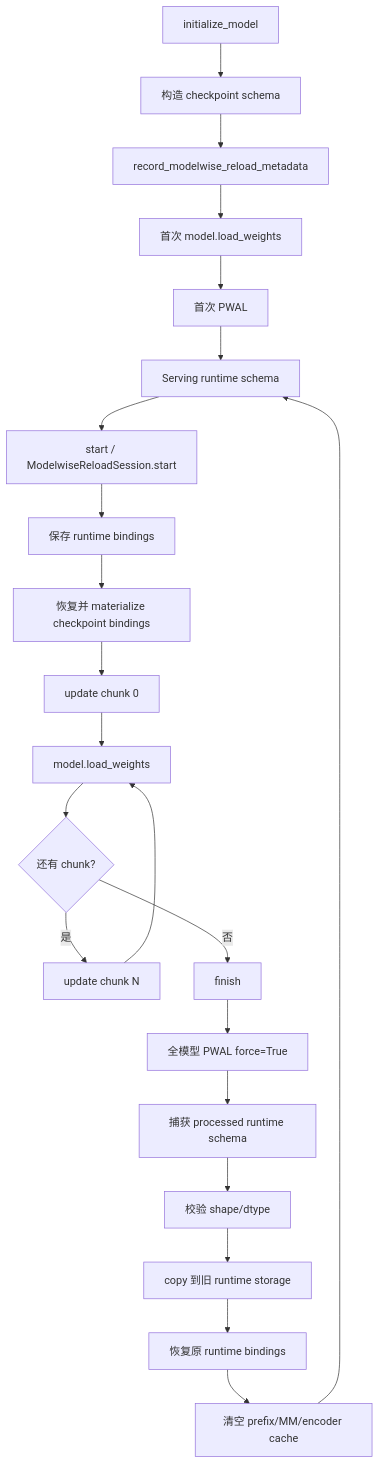
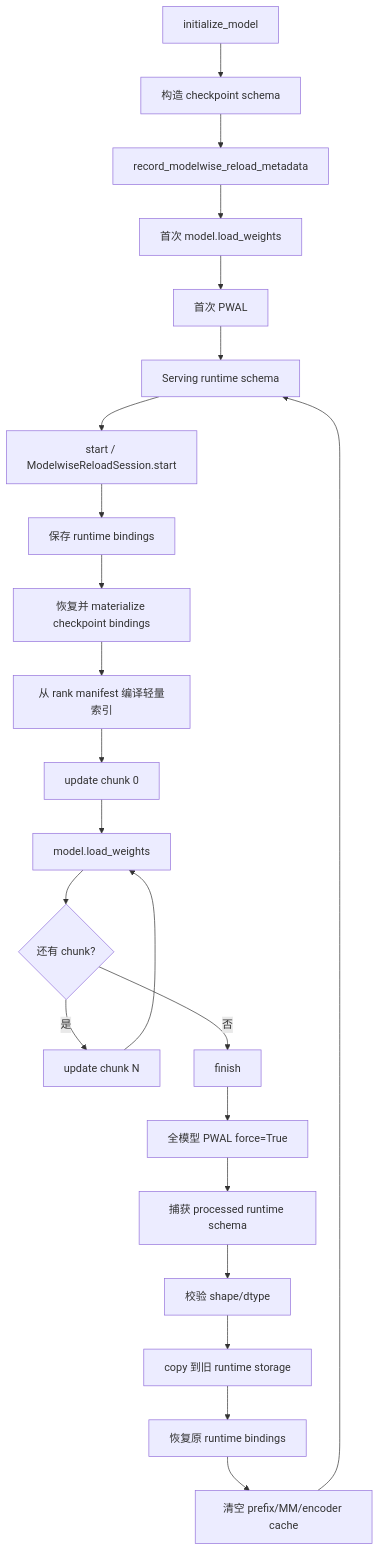
The first of 7 diagrams in docs/design/modelwise_reload.md (vllm-project/vllm), drawn with Mermaid before and after one commit. The commit also changed other lines of this file and 7 other files, not shown here.

First line of the commit message:
[Reload] Use manifest truth for incremental PWAL

````diff
--- a/docs/design/modelwise_reload.md
+++ b/docs/design/modelwise_reload.md
@@ -76,25 +78,26 @@
 ```mermaid
 flowchart TD
     A[initialize_model] --> B[构造 checkpoint schema]
     B --> C[record_modelwise_reload_metadata]
     C --> D[首次 model.load_weights]
     D --> E[首次 PWAL]
     E --> F[Serving runtime schema]
 
     F --> G[start / ModelwiseReloadSession.start]
     G --> H[保存 runtime bindings]
     H --> I[恢复并 materialize checkpoint bindings]
-    I --> J[update chunk 0]
-    J --> K[model.load_weights]
-    K --> L{还有 chunk?}
-    L -- 是 --> M[update chunk N]
-    M --> K
-    L -- 否 --> N[finish]
-    N --> O[全模型 PWAL force=True]
-    O --> P[捕获 processed runtime schema]
-    P --> Q[校验 shape/dtype]
-    Q --> R[copy 到旧 runtime storage]
-    R --> S[恢复原 runtime bindings]
-    S --> T[清空 prefix/MM/encoder cache]
-    T --> F
+    I --> J[从 rank manifest 编译轻量索引]
+    J --> K[update chunk 0]
+    K --> L[model.load_weights]
+    L --> M{还有 chunk?}
+    M -- 是 --> N[update chunk N]
+    N --> L
+    M -- 否 --> O[finish]
+    O --> P[全模型 PWAL force=True]
+    P --> Q[捕获 processed runtime schema]
+    Q --> R[校验 shape/dtype]
+    R --> S[copy 到旧 runtime storage]
+    S --> T[恢复原 runtime bindings]
+    T --> U[清空 prefix/MM/encoder cache]
+    U --> F
 ```
````
